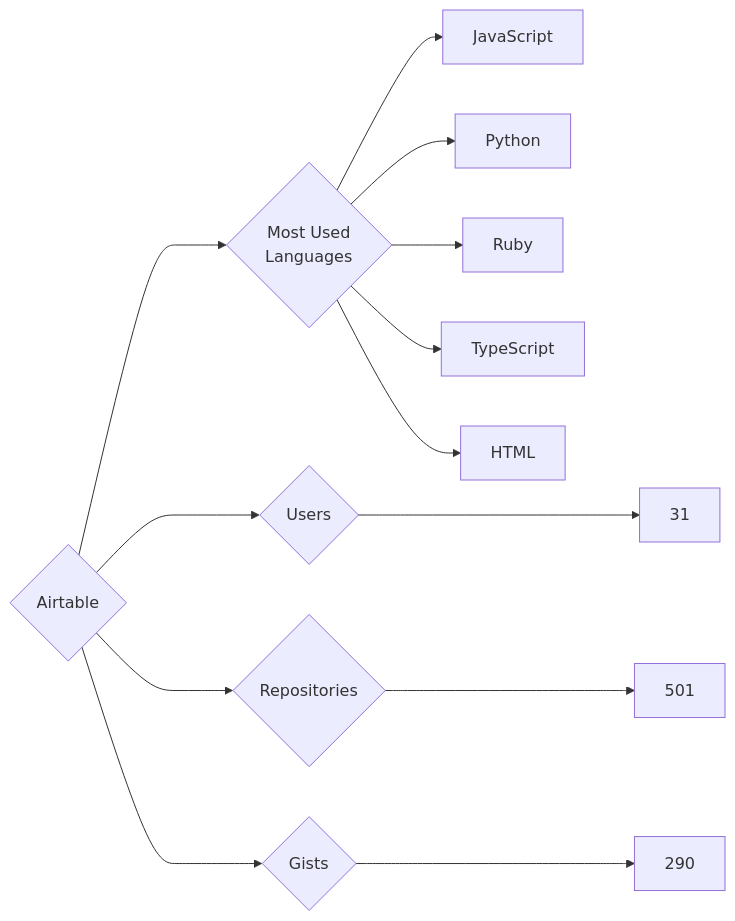
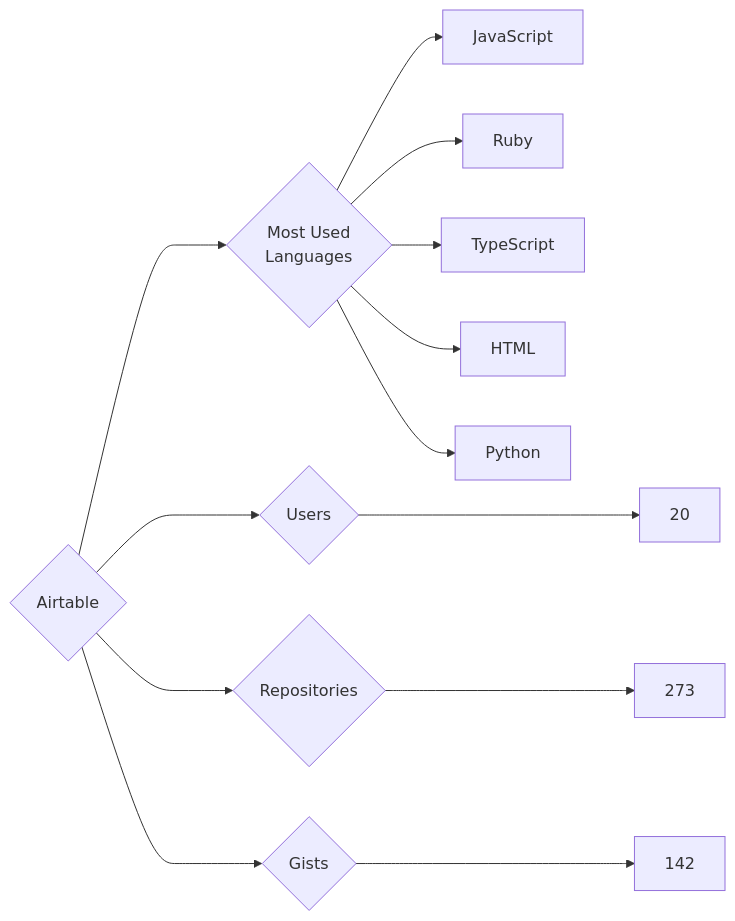
One commit to trickest/insiders changed the diagram in targets/Airtable/README.md. Above: the diagram before and after it, drawn with Mermaid. The commit also changed 823 other files, not shown here.

````diff
--- a/targets/Airtable/README.md
+++ b/targets/Airtable/README.md
@@ -3,13 +3,13 @@
 ```mermaid
 graph LR
 COMPANY_NAME{Airtable}
-COMPANY_NAME ---> U{Users} ---> UN[31]
-COMPANY_NAME ---> R{Repositories} ---> RN[501]
-COMPANY_NAME ---> G{Gists} ---> GN[290]
+COMPANY_NAME ---> U{Users} ---> UN[20]
+COMPANY_NAME ---> R{Repositories} ---> RN[273]
+COMPANY_NAME ---> G{Gists} ---> GN[142]
 COMPANY_NAME ---> ML{Most Used<br>Languages}
 ML --> JavaScript[JavaScript]
-ML --> Python[Python]
 ML --> Ruby[Ruby]
 ML --> TypeScript[TypeScript]
 ML --> HTML[HTML]
+ML --> Python[Python]
 ```
````
